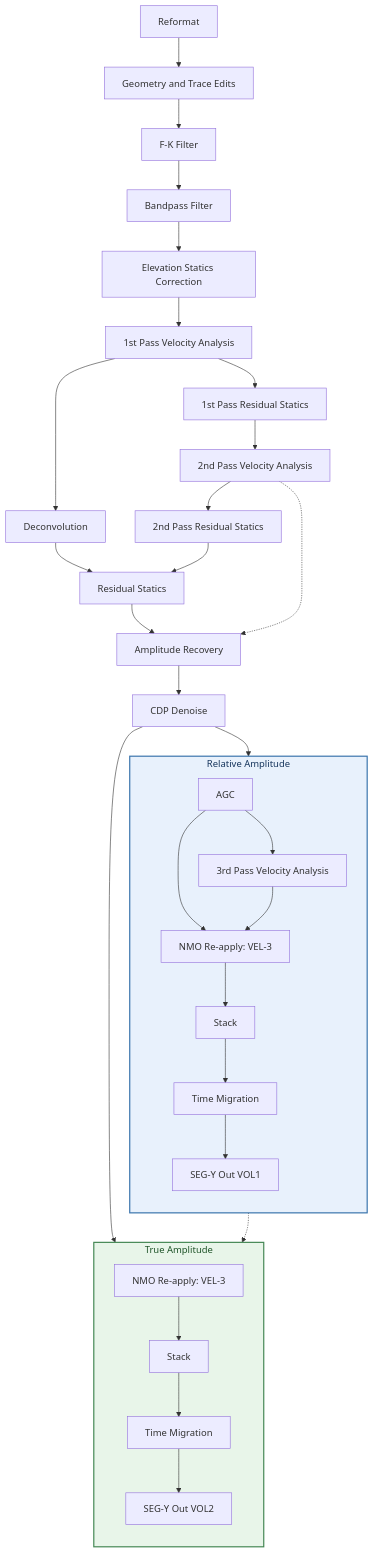
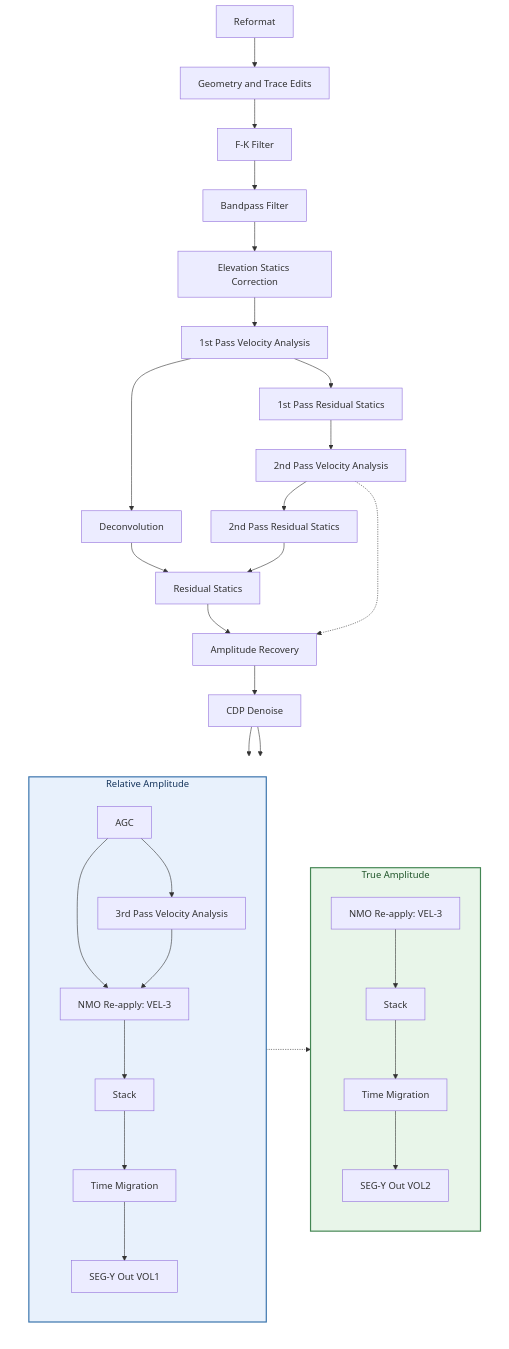
Before and after one commit to vandanue/ADG-1: the diagram in README.md, drawn with Mermaid.

````diff
--- a/README.md
+++ b/README.md
@@ -13,55 +13,51 @@
 ```mermaid
 flowchart TD
     A[Reformat] --> B[Geometry and Trace Edits]
     B --> C[F-K Filter]
     C --> D[Bandpass Filter]
     D --> E[Elevation Statics Correction]
     E --> F[1st Pass Velocity Analysis]
 
     %% Velocity analysis and statics
     F --> F1[1st Pass Residual Statics]
     F1 --> F2[2nd Pass Velocity Analysis]
     F2 --> F3[2nd Pass Residual Statics]
 
     F --> G[Deconvolution]
     G --> H[Residual Statics]
     F3 --> H
     H --> I[Amplitude Recovery]
     F2 -.-> I
     I --> J[CDP Denoise]
 
-    %% Relative amplitude branch
-    subgraph REL["Relative Amplitude"]
-        direction TD
-        R1[AGC]
-        R1a[3rd Pass Velocity Analysis]
-        R2[NMO Re-apply: VEL-3]
-        R3[Stack]
-        R4[Time Migration]
-        R5[SEG-Y Out VOL1]
+    subgraph BRANCHES[" "]
+        direction LR
 
-        R1 --> R1a
-        R1 --> R2
-        R1a --> R2
-        R2 --> R3 --> R4 --> R5
-    end
+        subgraph REL["Relative Amplitude"]
+            direction TD
+            R1[AGC] --> R1a[3rd Pass Velocity Analysis]
+            R1 --> R2[NMO Re-apply: VEL-3]
+            R1a --> R2
+            R2 --> R3[Stack] --> R4[Time Migration] --> R5[SEG-Y Out VOL1]
+        end
 
-    %% True amplitude branch
-    subgraph TRUE["True Amplitude"]
-        direction TD
-        T1[NMO Re-apply: VEL-3]
-        T2[Stack]
-        T4[Time Migration]
-        T5[SEG-Y Out VOL2]
+        subgraph TRUE["True Amplitude"]
+            direction TD
+            T1[NMO Re-apply: VEL-3]
+            T2[Stack]
+            T4[Time Migration]
+            T5[SEG-Y Out VOL2]
 
-        T1 --> T2 --> T4 --> T5
+            T1 --> T2 --> T4 --> T5
+        end
     end
 
     J --> R1
     J --> T1
     R1a -.-> T1
 
-    %% Branch label styling
+    style BRANCHES fill:none,stroke:none
     style REL fill:#E8F1FC,stroke:#3973AC,stroke-width:2px,color:#17365D
     style TRUE fill:#E8F5E9,stroke:#438653,stroke-width:2px,color:#20552A
+
 ```
````
